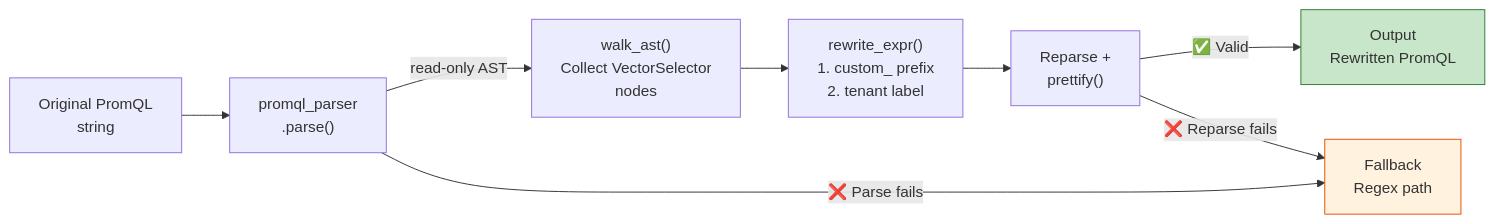
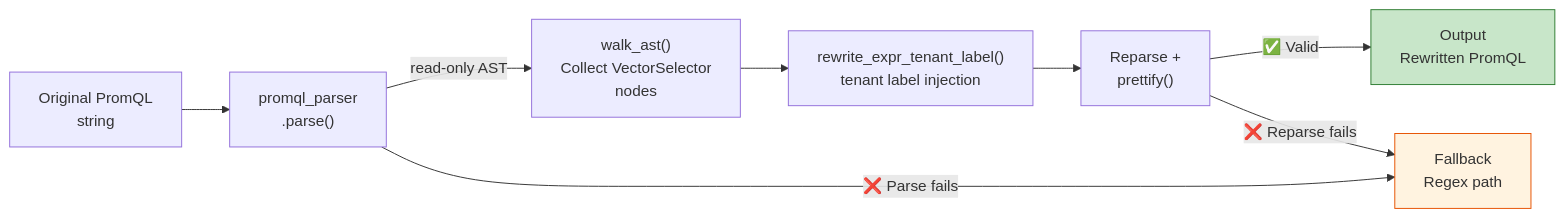
Before and after one commit to vencil/Dynamic-Alerting-Integrations: the diagram in docs/migration-engine.en.md, drawn with Mermaid. The commit also changed other lines of this file and 15 other files, not shown here.

````diff
--- a/docs/migration-engine.en.md
+++ b/docs/migration-engine.en.md
@@ -18,13 +18,13 @@
 ```mermaid
 flowchart LR
     A["Original PromQL<br/>string"] --> B["promql_parser<br/>.parse()"]
     B -->|"read-only AST"| C["walk_ast()<br/>Collect VectorSelector<br/>nodes"]
-    C --> D["rewrite_expr()<br/>1. custom_ prefix<br/>2. tenant label"]
+    C --> D["rewrite_expr_tenant_label()<br/>tenant label injection"]
     D --> E["Reparse +<br/>prettify()"]
     E -->|"✅ Valid"| F["Output<br/>Rewritten PromQL"]
     B -->|"❌ Parse fails"| G["Fallback<br/>Regex path"]
     E -->|"❌ Reparse fails"| G
 
     style F fill:#c8e6c9,stroke:#2e7d32
     style G fill:#fff3e0,stroke:#e65100
 ```
````
